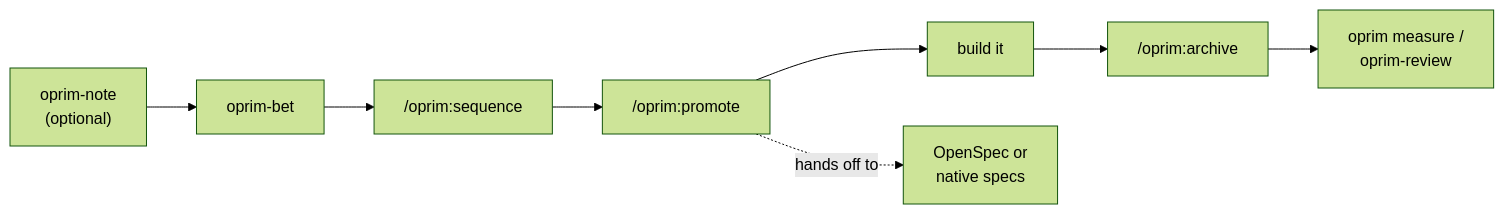
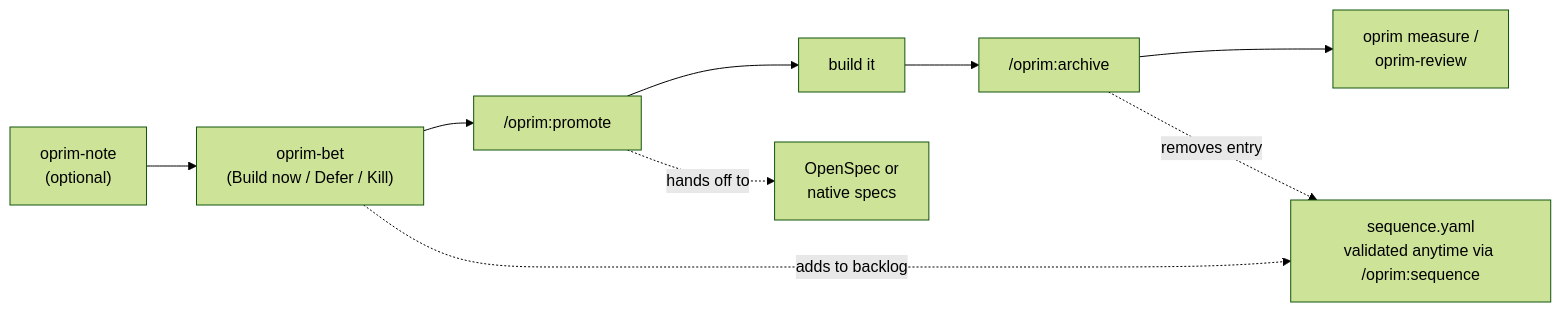
One commit to eshraw/open-product-primer changed the diagram in README.md. Above: the diagram before and after it, drawn with Mermaid (forest theme). The commit also changed other lines of this file and 1 other file, not shown here.

````diff
--- a/README.md
+++ b/README.md
@@ -21,10 +21,12 @@
 ```mermaid
 flowchart LR
-    Note["oprim-note<br/>(optional)"] --> Bet["oprim-bet"]
-    Bet --> Sequence["/oprim:sequence"]
-    Sequence --> Promote["/oprim:promote"]
+    Note["oprim-note<br/>(optional)"] --> Bet["oprim-bet<br/>(Build now / Defer / Kill)"]
+    Bet --> Promote["/oprim:promote"]
     Promote --> Build["build it"]
     Build --> Archive["/oprim:archive"]
     Archive --> Measure["oprim measure /<br/>oprim-review"]
     Promote -.->|hands off to| Specs["OpenSpec or<br/>native specs"]
+
+    Bet -.->|adds to backlog| Board["sequence.yaml<br/>validated anytime via /oprim:sequence"]
+    Archive -.->|removes entry| Board
 ```
````
